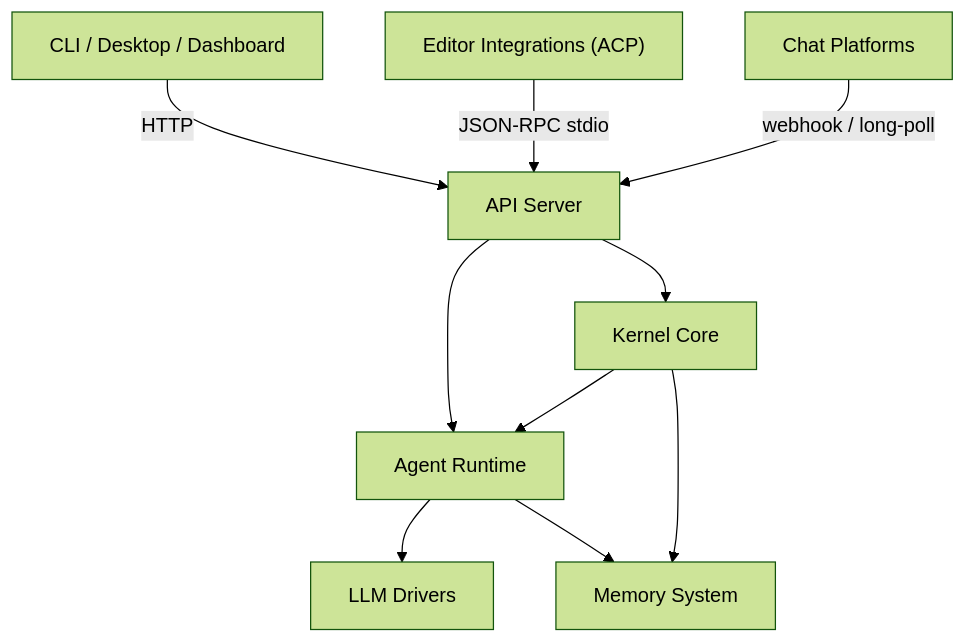
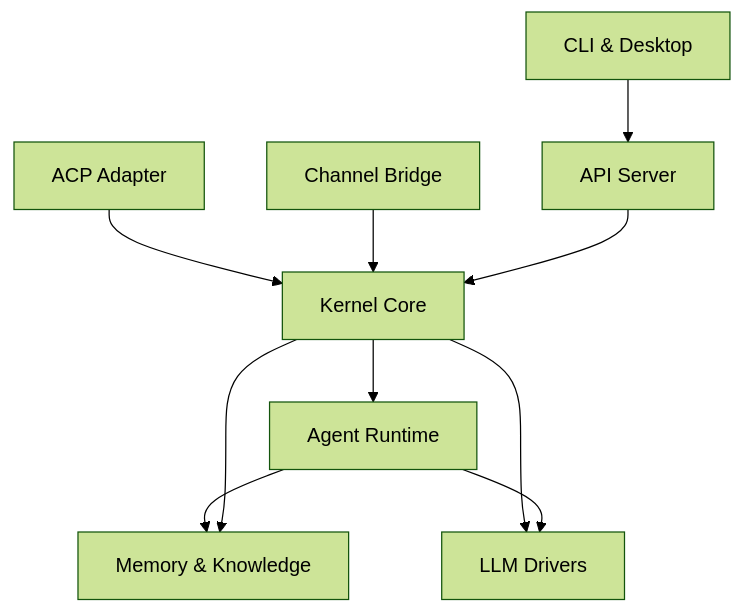
One commit to leszek3737/librefang-WIki changed the diagram in overview.md. Above: the diagram before and after it, drawn with Mermaid (forest theme). The commit also changed other lines of this file and 119 other files, not shown here.

````diff
--- a/overview.md
+++ b/overview.md
@@ -9,23 +11,23 @@
 ```mermaid
 graph TD
-    Clients["CLI / Desktop / Dashboard"]
-    Editors["Editor Integrations (ACP)"]
-    Chats["Chat Platforms"]
+    Clients["CLI & Desktop"]
+    Editors["ACP Adapter"]
+    Channels["Channel Bridge"]
 
     API["API Server"]
+
     Kernel["Kernel Core"]
     Runtime["Agent Runtime"]
     LLM["LLM Drivers"]
-    Memory["Memory System"]
+    Memory["Memory & Knowledge"]
 
-    Clients -->|HTTP| API
-    Editors -->|JSON-RPC stdio| API
-    Chats -->|webhook / long-poll| API
-
+    Clients --> API
+    Editors --> Kernel
+    Channels --> Kernel
     API --> Kernel
-    API --> Runtime
     Kernel --> Runtime
+    Kernel --> LLM
+    Runtime --> Memory
     Runtime --> LLM
-    Runtime --> Memory
     Kernel --> Memory
 ```
````
